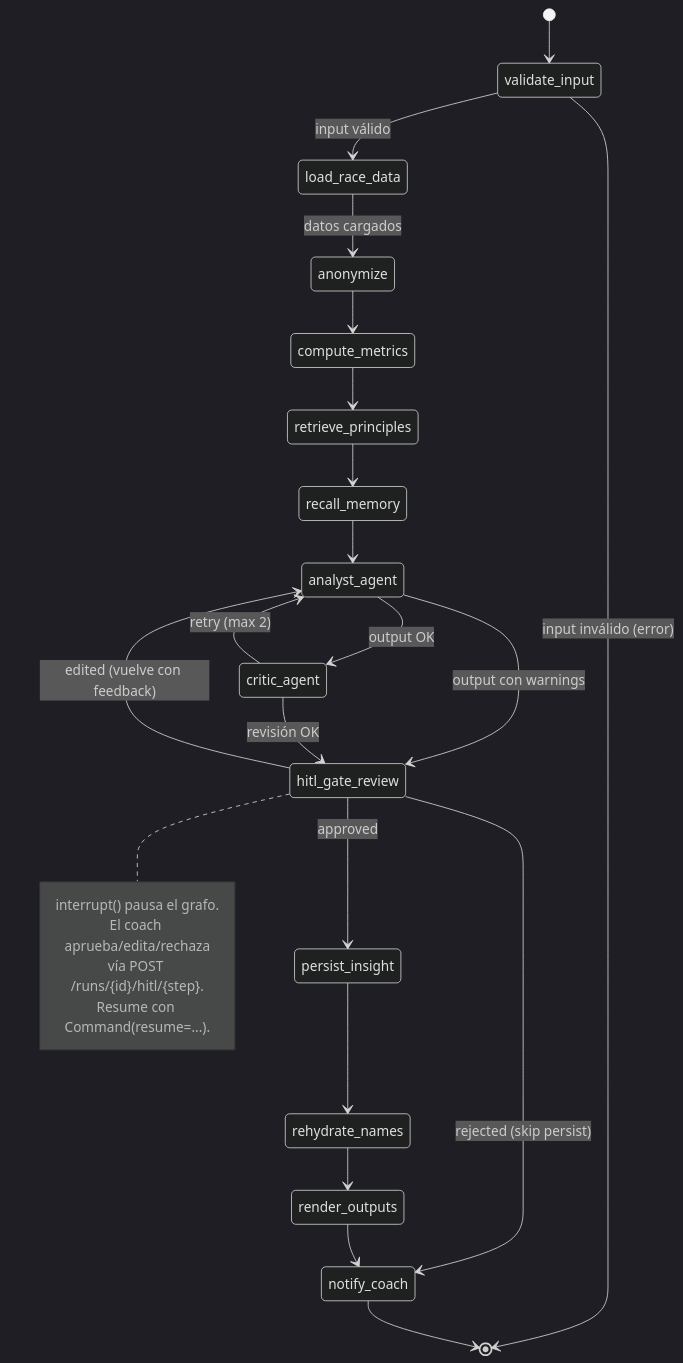
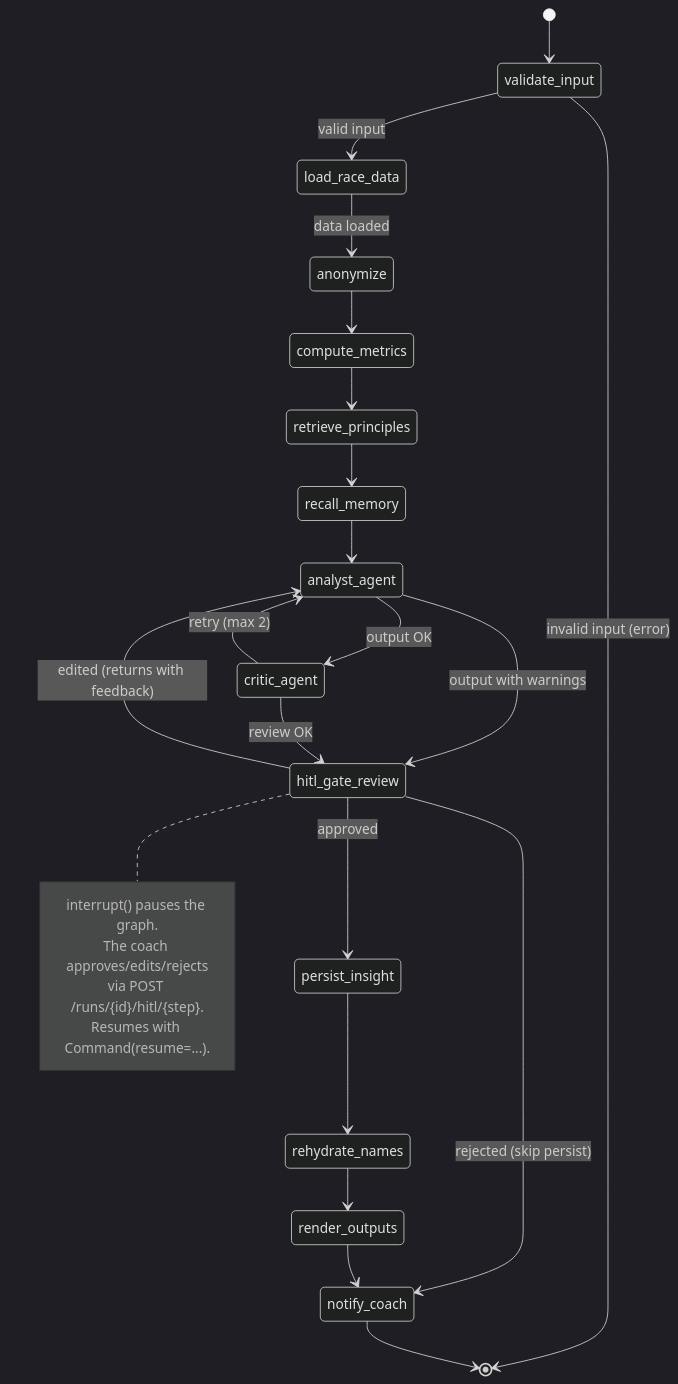
The third of 3 diagrams in docs/10-race-results/v2-agentic-design.md (Club-Deportivo-Trocha-y-Ruta/mi), drawn with Mermaid (dark theme) before and after one commit. The commit also changed other lines of this file and 65 other files, not shown here.

````diff
--- a/docs/10-race-results/v2-agentic-design.md
+++ b/docs/10-race-results/v2-agentic-design.md
@@ -538,34 +538,34 @@
 ```mermaid
 stateDiagram-v2
     [*] --> validate_input
-    validate_input --> load_race_data : input válido
-    validate_input --> [*] : input inválido (error)
+    validate_input --> load_race_data : valid input
+    validate_input --> [*] : invalid input (error)
 
-    load_race_data --> anonymize : datos cargados
+    load_race_data --> anonymize : data loaded
     anonymize --> compute_metrics
     compute_metrics --> retrieve_principles
     retrieve_principles --> recall_memory
     recall_memory --> analyst_agent
 
     analyst_agent --> critic_agent : output OK
-    analyst_agent --> hitl_gate_review : output con warnings
+    analyst_agent --> hitl_gate_review : output with warnings
 
-    critic_agent --> hitl_gate_review : revisión OK
+    critic_agent --> hitl_gate_review : review OK
     critic_agent --> analyst_agent : retry (max 2)
 
     hitl_gate_review --> persist_insight : approved
-    hitl_gate_review --> analyst_agent : edited (vuelve con feedback)
+    hitl_gate_review --> analyst_agent : edited (returns with feedback)
     hitl_gate_review --> notify_coach : rejected (skip persist)
 
     persist_insight --> rehydrate_names
     rehydrate_names --> render_outputs
     render_outputs --> notify_coach
     notify_coach --> [*]
 
     note right of hitl_gate_review
-        interrupt() pausa el grafo.
-        El coach aprueba/edita/rechaza
-        vía POST /runs/{id}/hitl/{step}.
-        Resume con Command(resume=...).
+        interrupt() pauses the graph.
+        The coach approves/edits/rejects
+        via POST /runs/{id}/hitl/{step}.
+        Resumes with Command(resume=...).
     end note
 ```
````
